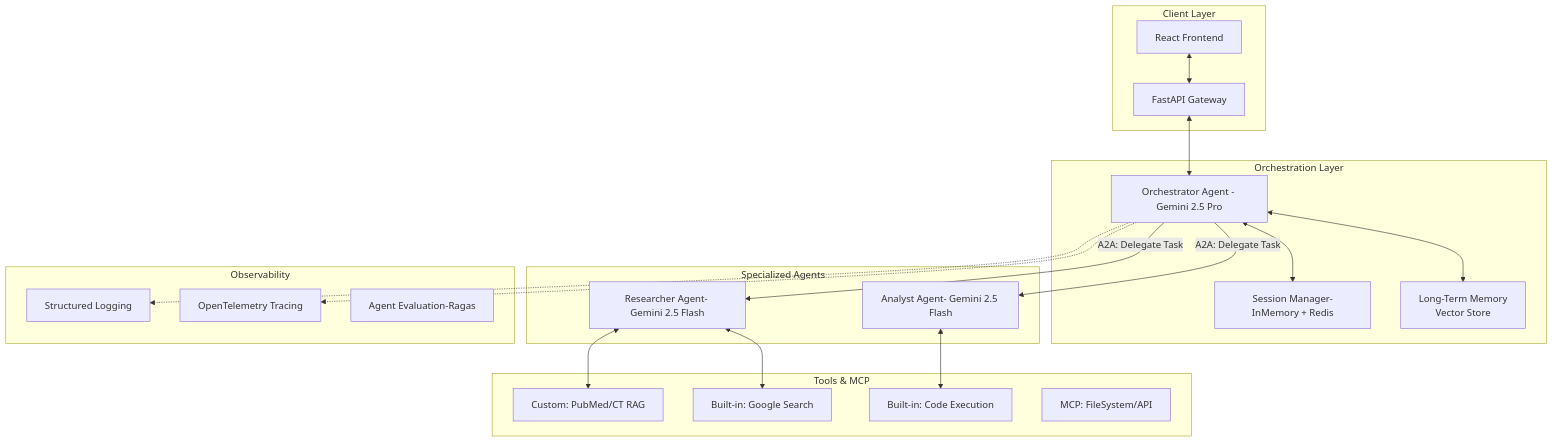
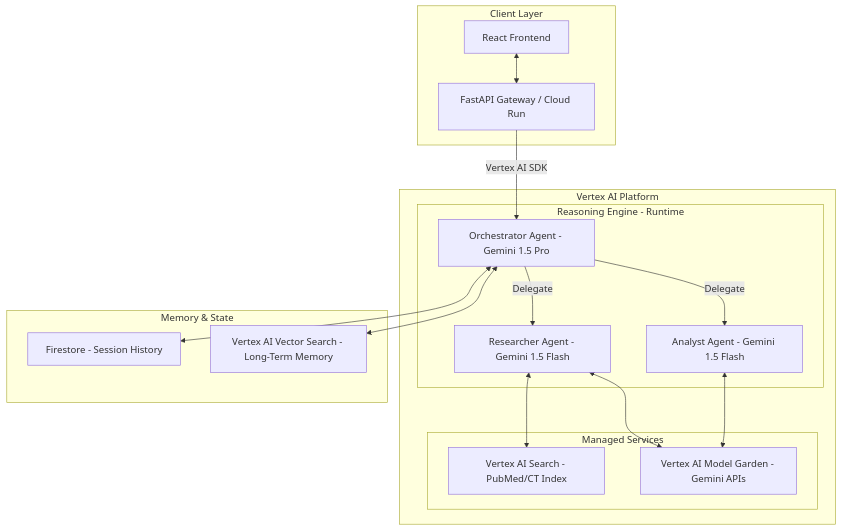
Before and after one commit to biomystery/research_ai_service: the diagram in design_logic.md, drawn with Mermaid. The commit also changed other lines of this file, not shown here.

Commit message:
updated with g adk and vertex

````diff
--- a/design_logic.md
+++ b/design_logic.md
@@ -9,47 +10,39 @@
 ```mermaid
 graph TD
     subgraph "Client Layer"
         UI[React Frontend]
-        API[FastAPI Gateway]
+        API[FastAPI Gateway / Cloud Run]
     end
 
-    subgraph "Orchestration Layer"
-        Orchestrator[Orchestrator Agent - Gemini 2.5 Pro]
-        SessionMgr[Session Manager-InMemory + Redis]
-        MemoryBank[Long-Term Memory\nVector Store]
+    subgraph "Vertex AI Platform"
+        subgraph "Reasoning Engine - Runtime"
+            Orchestrator[Orchestrator Agent - Gemini 1.5 Pro]
+            Researcher[Researcher Agent - Gemini 1.5 Flash]
+            Analyst[Analyst Agent - Gemini 1.5 Flash]
+        end
+        
+        subgraph "Managed Services"
+            V_Search[Vertex AI Search - PubMed/CT Index]
+            V_Model[Vertex AI Model Garden - Gemini APIs]
+        end
     end
 
-    subgraph "Specialized Agents"
-        Researcher[Researcher Agent- Gemini 2.5 Flash]
-        Analyst[Analyst Agent- Gemini 2.5 Flash]
-    end
-
-    subgraph "Tools & MCP"
-        T_RAG[Custom: PubMed/CT RAG]
-        T_Search[Built-in: Google Search]
-        T_Code[Built-in: Code Execution]
-        T_MCP[MCP: FileSystem/API]
-    end
-
-    subgraph "Observability"
-        Logger[Structured Logging]
-        Tracer[OpenTelemetry Tracing]
-        Eval[Agent Evaluation-Ragas]
+    subgraph "Memory & State"
+        Firestore[Firestore - Session History]
+        VectorDB[Vertex AI Vector Search - Long-Term Memory]
     end
 
     %% Flows
     UI <--> API
-    API <--> Orchestrator
-    Orchestrator <--> SessionMgr
-    Orchestrator <--> MemoryBank
-
-    Orchestrator --"A2A: Delegate Task"--> Researcher
-    Orchestrator --"A2A: Delegate Task"--> Analyst
-
-    Researcher <--> T_RAG
-    Researcher <--> T_Search
-    Analyst <--> T_Code
-
-    Orchestrator -.-> Logger
-    Orchestrator -.-> Tracer
+    API --"Vertex AI SDK"--> Orchestrator
+    
+    Orchestrator <--> Firestore
+    Orchestrator <--> VectorDB
+    
+    Orchestrator --"Delegate"--> Researcher
+    Orchestrator --"Delegate"--> Analyst
+    
+    Researcher <--> V_Search
+    Researcher <--> V_Model
+    Analyst <--> V_Model
 ```
````
